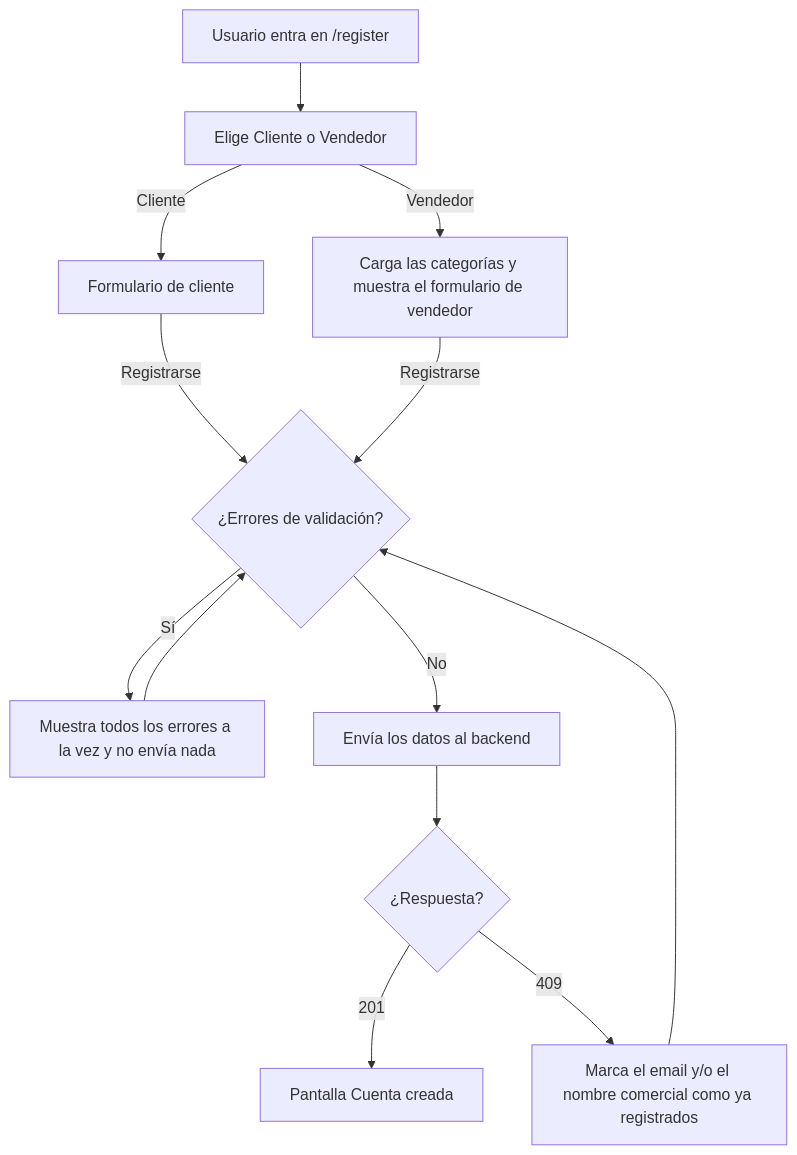
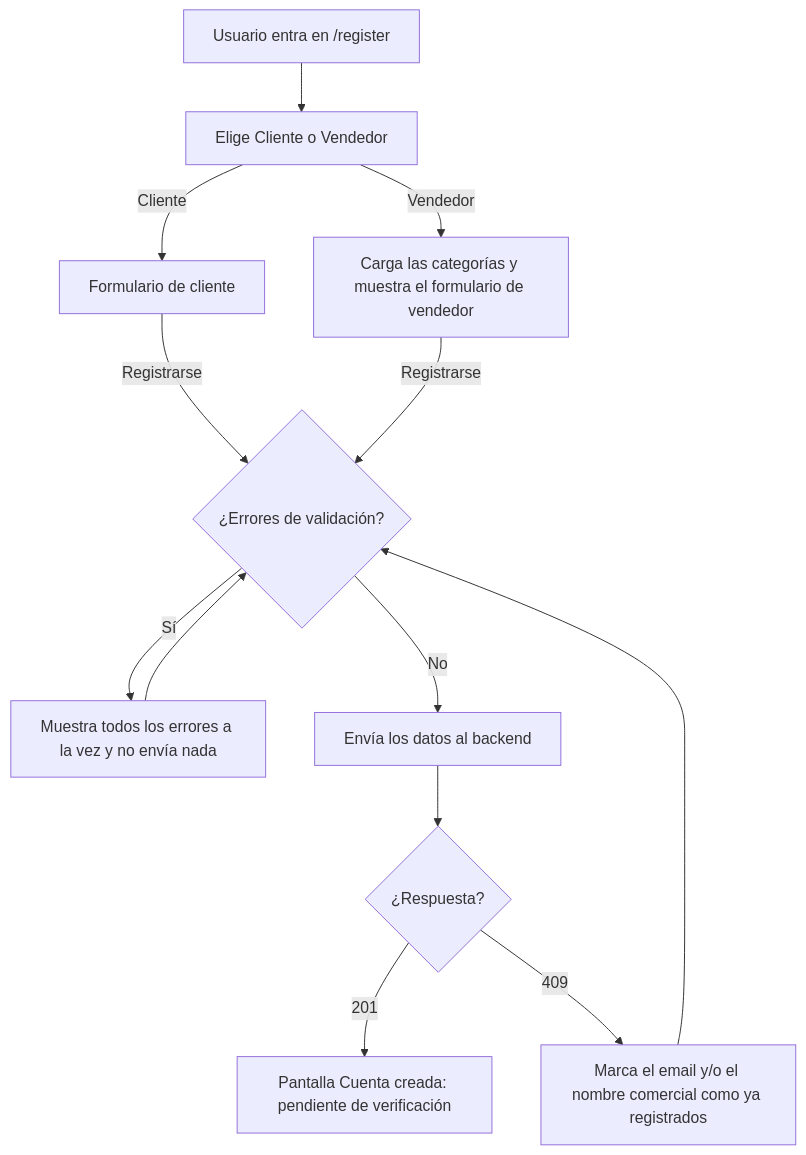
One commit to ESIBuy-2026-2027/ESIBuy-Mantenimiento changed the diagram in frontend/docs/hu1-registro.md. Above: the diagram before and after it, drawn with Mermaid. The commit also changed other lines of this file and 4 other files, not shown here.

Commit message:
docs(front-HU1): documenta la cuenta pendiente tras el registro y corrige los documentos de la HU19, HU20, HU23 y HU24 AB#234

````diff
--- a/frontend/docs/hu1-registro.md
+++ b/frontend/docs/hu1-registro.md
@@ -42,15 +59,15 @@
 ```mermaid
 flowchart TD
     A[Usuario entra en /register] --> B[Elige Cliente o Vendedor]
     B -- Cliente --> C[Formulario de cliente]
     B -- Vendedor --> D[Carga las categorías y muestra el formulario de vendedor]
     C -- Registrarse --> E{¿Errores de validación?}
     D -- Registrarse --> E
     E -- Sí --> F[Muestra todos los errores a la vez y no envía nada]
     F --> E
     E -- No --> G[Envía los datos al backend]
     G --> H{¿Respuesta?}
-    H -- 201 --> I[Pantalla Cuenta creada]
+    H -- 201 --> I[Pantalla Cuenta creada: pendiente de verificación]
     H -- 409 --> J[Marca el email y/o el nombre comercial como ya registrados]
     J --> E
 ```
````
